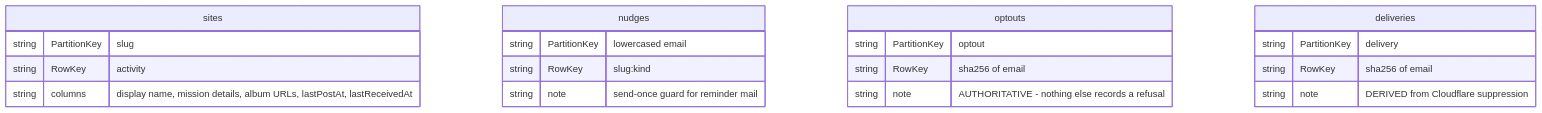
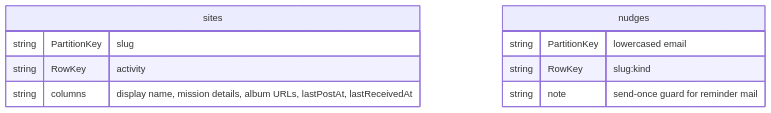
Before and after one commit to kurtzeborn/mission-journal: the ninth of 16 diagrams in docs/architecture.md, drawn with Mermaid. The commit also changed other lines of this file, not shown here.

First line of the commit message:
Make architecture table diagrams readable

````diff
--- a/docs/architecture.md
+++ b/docs/architecture.md
@@ -211,23 +223,13 @@
 ```mermaid
 erDiagram
     sites {
         string PartitionKey "slug"
         string RowKey "activity"
         string columns "display name, mission details, album URLs, lastPostAt, lastReceivedAt"
     }
     nudges {
         string PartitionKey "lowercased email"
         string RowKey "slug:kind"
         string note "send-once guard for reminder mail"
     }
-    optouts {
-        string PartitionKey "optout"
-        string RowKey "sha256 of email"
-        string note "AUTHORITATIVE - nothing else records a refusal"
-    }
-    deliveries {
-        string PartitionKey "delivery"
-        string RowKey "sha256 of email"
-        string note "DERIVED from Cloudflare suppression"
-    }
 ```
````
